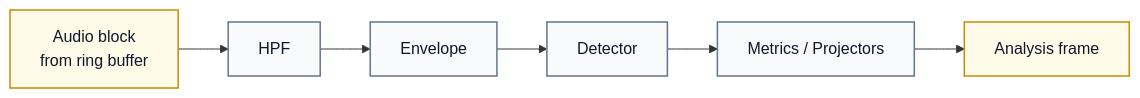
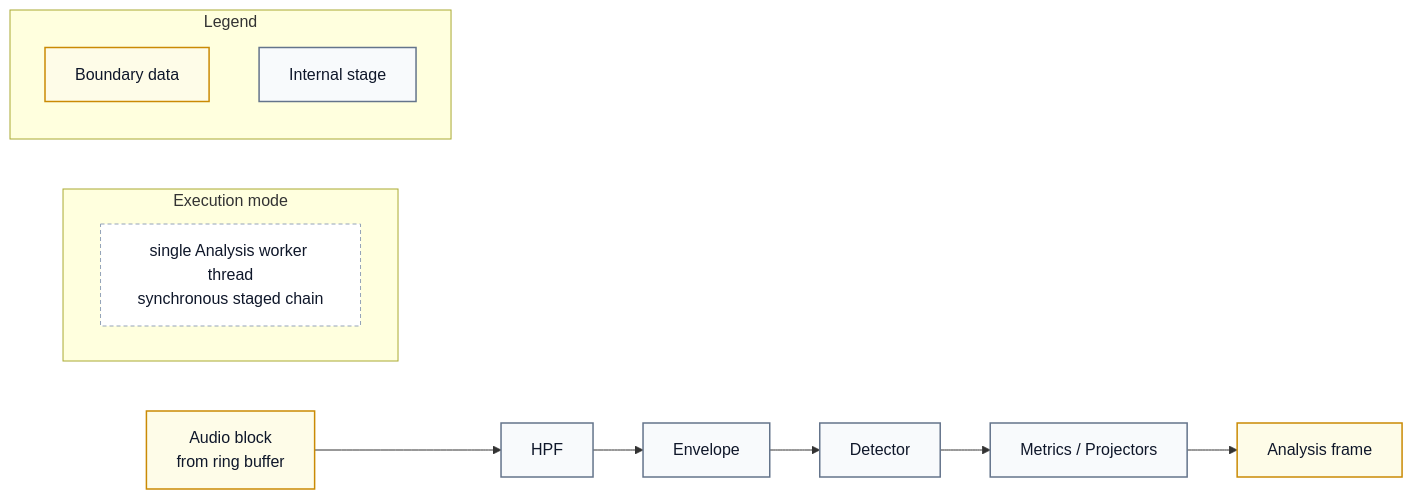
One commit to lgcmu2026-team5/TimeGrapher-Docs changed the second of 2 diagrams in TempDocs/JD/ADR-002A-partial-pipe-and-filter-defensive.ko.md. Above: the diagram before and after it, drawn with Mermaid. The commit also changed other lines of this file, not shown here.

First line of the commit message:
docs(jd): refine ADR Mermaid legends

````diff
--- a/TempDocs/JD/ADR-002A-partial-pipe-and-filter-defensive.ko.md
+++ b/TempDocs/JD/ADR-002A-partial-pipe-and-filter-defensive.ko.md
@@ -28,14 +38,25 @@
 ```mermaid
 flowchart LR
     classDef stage fill:#f8fafc,stroke:#64748b,stroke-width:1.5px,color:#0f172a;
     classDef boundary fill:#fefce8,stroke:#ca8a04,stroke-width:1.5px,color:#0f172a;
+    classDef legend fill:#ffffff,stroke:#94a3b8,stroke-dasharray:4 3,color:#0f172a;
 
     block["Audio block<br/>from ring buffer"]:::boundary
     hpf["HPF"]:::stage
     envelope["Envelope"]:::stage
     detector["Detector"]:::stage
     metrics["Metrics / Projectors"]:::stage
     frame["Analysis frame"]:::boundary
 
     block --> hpf --> envelope --> detector --> metrics --> frame
+
+    subgraph mode[Execution mode]
+        direction LR
+        sync["single Analysis worker thread<br/>synchronous staged chain"]:::legend
+    end
+
+    subgraph legend2[Legend]
+        lb["Boundary data"]:::boundary
+        ls2["Internal stage"]:::stage
+    end
 ```
````
